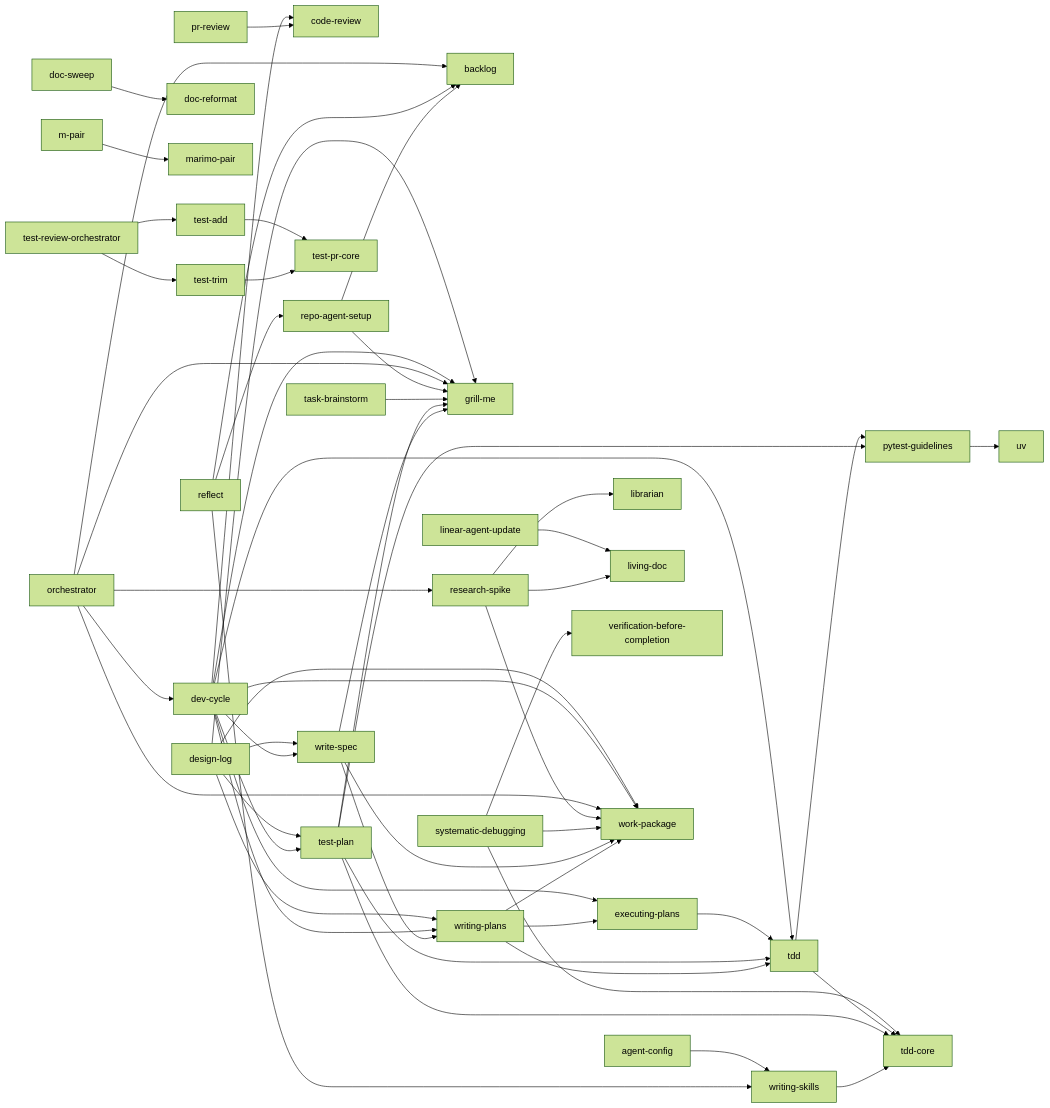
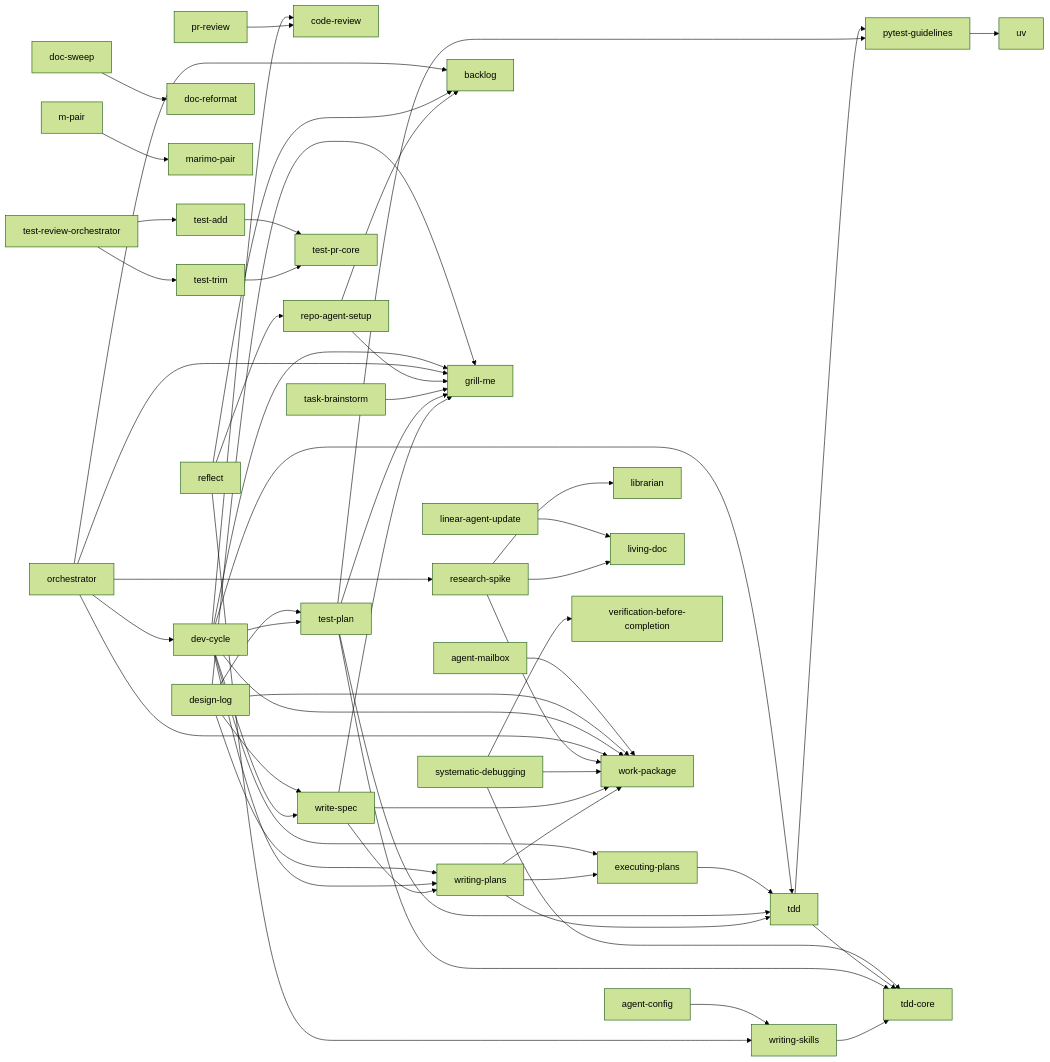
One commit to Haydeni0/agent-config changed the diagram in README.md. Above: the diagram before and after it, drawn with Mermaid (forest theme). The commit also changed other lines of this file and 2 other files, not shown here.

Commit message:
feat(agent-mailbox): skill, work-package mailbox row, README entry

````diff
--- a/README.md
+++ b/README.md
@@ -143,6 +144,7 @@
 ```mermaid
 flowchart LR
     agent_config[agent-config]
+    agent_mailbox[agent-mailbox]
     backlog[backlog]
     %% caveman[caveman]
     %% caveman_commit[caveman-commit]
@@ -206,6 +208,7 @@
     writing_skills[writing-skills]
     %% wt_switch_create[wt-switch-create]
     agent_config --> writing_skills
+    agent_mailbox --> work_package
     design_log --> grill_me
     design_log --> test_plan
     design_log --> write_spec
````
